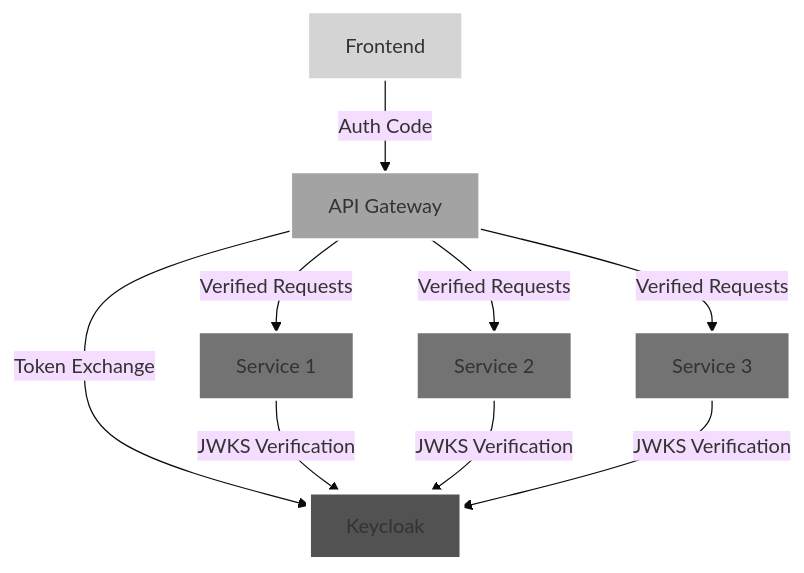
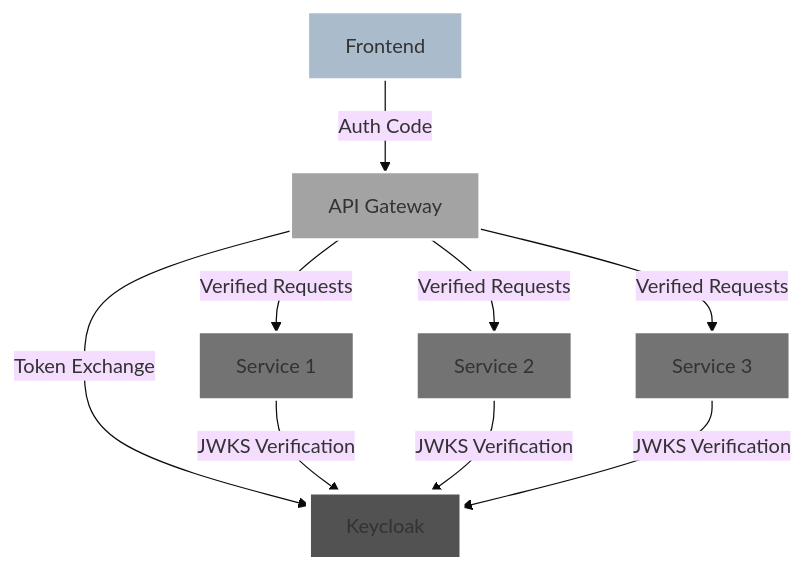
The third of 3 diagrams in blog-post.md (Iteam1337/poc-sso), drawn with Mermaid (base theme) before and after one commit. The commit also changed other lines of this file and 1 other file, not shown here.

Commit message:
style: Update mermaid diagrams and code formatting in blog post and presentation

````diff
--- a/blog-post.md
+++ b/blog-post.md
@@ -280,18 +284,18 @@
 ```mermaid
 graph TD
     A[Frontend] -->|Auth Code| B[API Gateway]
     B -->|Token Exchange| K[Keycloak]
     B -->|Verified Requests| C[Service 1]
     B -->|Verified Requests| D[Service 2]
     B -->|Verified Requests| E[Service 3]
     C -->|JWKS Verification| K
     D -->|JWKS Verification| K
     E -->|JWKS Verification| K
-    
-    style A fill:#d4d4d4,stroke:#ffffff,stroke-width:2px
+
+    style A fill:#aabbcc,stroke:#ffffff,stroke-width:2px
     style B fill:#a3a3a3,stroke:#ffffff,stroke-width:2px
     style K fill:#525252,stroke:#ffffff,stroke-width:4px
     style C fill:#737373,stroke:#ffffff,stroke-width:2px
     style D fill:#737373,stroke:#ffffff,stroke-width:2px
     style E fill:#737373,stroke:#ffffff,stroke-width:2px
 ```
````
